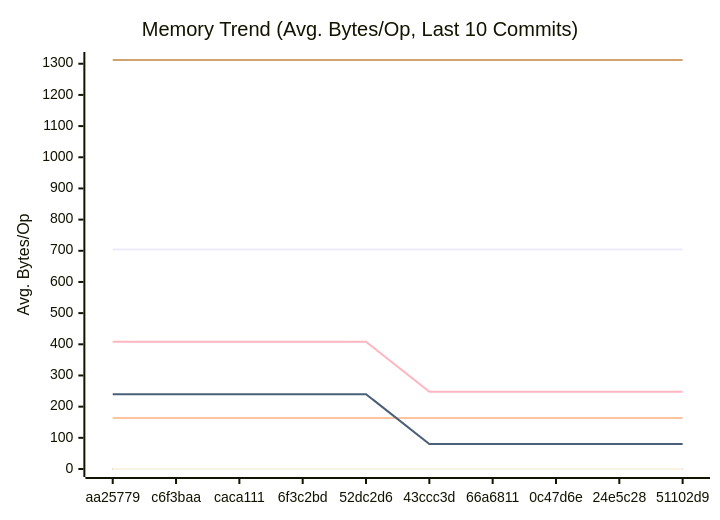
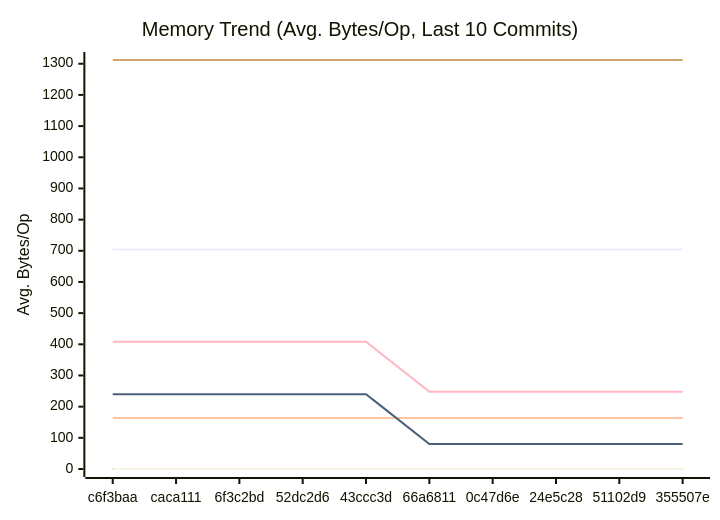
Before and after one commit to alsotoes/momo: the second of 3 diagrams in docs/PERFORMANCE.md, drawn with Mermaid. The commit also changed other lines of this file and 3 other files, not shown here.

````diff
--- a/docs/PERFORMANCE.md
+++ b/docs/PERFORMANCE.md
@@ -152,18 +152,18 @@
 ```mermaid
 xychart-beta
     title "Memory Trend (Avg. Bytes/Op, Last 10 Commits)"
     x-axis "Commit"
     y-axis "Avg. Bytes/Op"
-    x-axis [aa25779,c6f3baa,caca111,6f3c2bd,52dc2d6,43ccc3d,66a6811,0c47d6e,24e5c28,51102d9]
+    x-axis [c6f3baa,caca111,6f3c2bd,52dc2d6,43ccc3d,66a6811,0c47d6e,24e5c28,51102d9,355507e]
     line "CheckMetricsAndSwap" [0,0,0,0,0,0,0,0,0,0]
     line "CrushOptimized" [0,0,0,0,0,0,0,0,0,0]
     line "CrushOriginal" [164,164,164,164,164,164,164,164,164,164]
     line "IndexDirectTracking" [0,0,0,0,0,0,0,0,0,0]
     line "IndexSearch" [0,0,0,0,0,0,0,0,0,0]
     line "LoadGlobalConfig" [1312,1312,1312,1312,1312,1312,1312,1312,1312,1312]
     line "PadString" [0,0,0,0,0,0,0,0,0,0]
     line "ParseReplicationOrder_NoPrealloc" [408,408,408,408,408,248,248,248,248,248]
     line "ParseReplicationOrder_Prealloc" [240,240,240,240,240,80,80,80,80,80]
     line "SanitizeLog/Safe" [0,0,0,0,0,0,0,0,0,0]
     line "SanitizeLog/Unsafe" [704,704,704,704,704,704,704,704,704,704]
 ```
````
